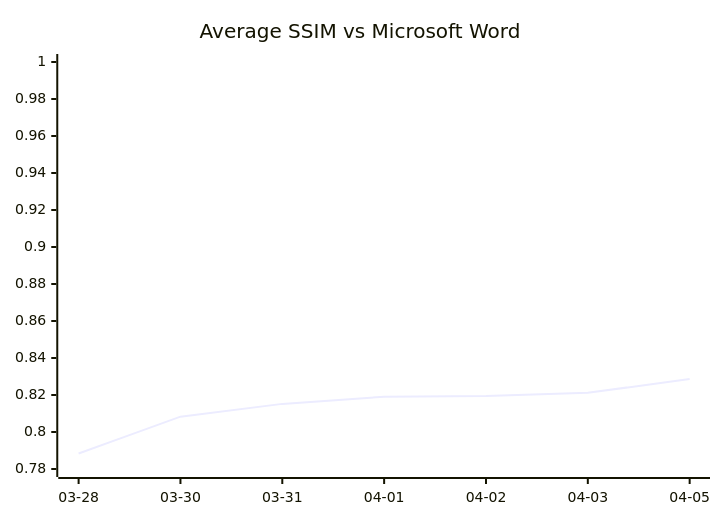
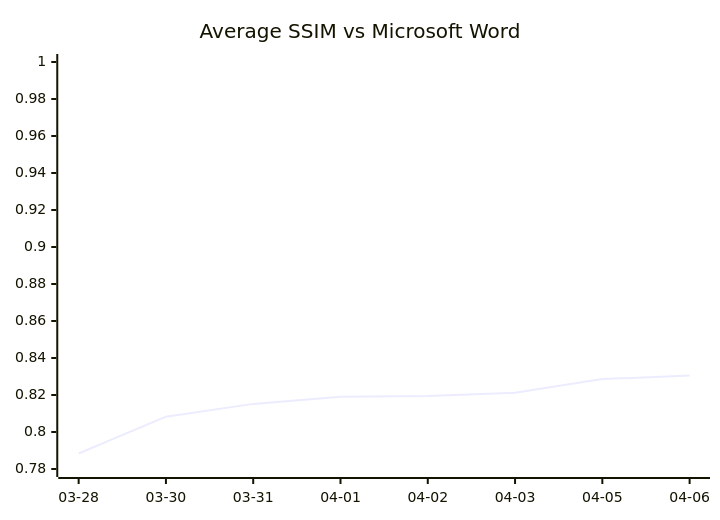
Before and after one commit to Ryujiyasu/oxi: the diagram in README.md, drawn with Mermaid. The commit also changed other lines of this file and 1 other file, not shown here.

````diff
--- a/README.md
+++ b/README.md
@@ -177,7 +177,7 @@
 ```mermaid
 xychart-beta
   title "Average SSIM vs Microsoft Word"
-  x-axis ["03-28", "03-30", "03-31", "04-01", "04-02", "04-03", "04-05"]
+  x-axis ["03-28", "03-30", "03-31", "04-01", "04-02", "04-03", "04-05", "04-06"]
   y-axis 0.78 --> 1.0
-  line [0.7884, 0.8083, 0.8152, 0.8191, 0.8194, 0.8212, 0.8286]
+  line [0.7884, 0.8083, 0.8152, 0.8191, 0.8194, 0.8212, 0.8286, 0.8305]
 ```
````
